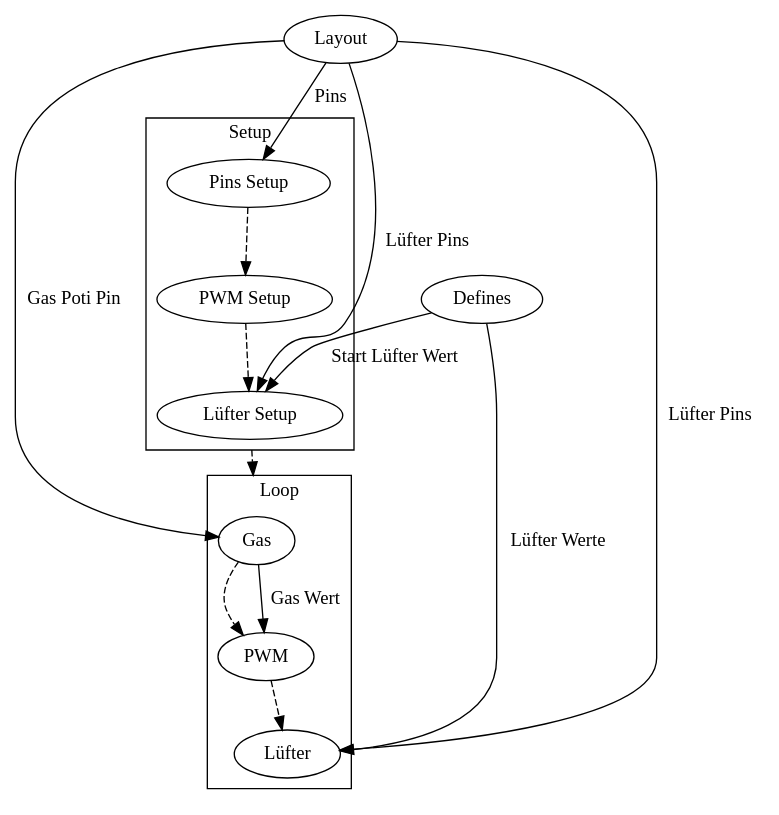
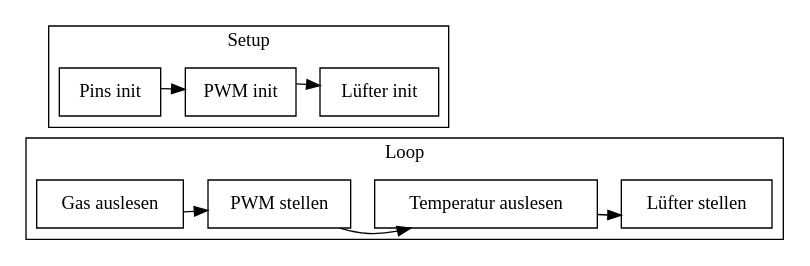
Before and after one commit to floppyMike/Motorsteuerung: the diagram in images/basic.dot, drawn with Graphviz. The commit also changed 2 other files, not shown here.

```diff
--- a/images/basic.dot
+++ b/images/basic.dot
@@ -1,26 +1,30 @@
-digraph G {
-    compound = true;
+digraph G
+{
+    splines=curved;
+    node [shape = record];
 
-    subgraph cluster_setup {
+    subgraph cluster_setup 
+    {
         label = "Setup";
-        "Pins Setup"; "PWM Setup"; "Lüfter Setup";
+        rankdir = LR;
+        rank = same;
+        {
+            "Pins init"; "PWM init"; "Lüfter init";
+        }
     }
 
-    subgraph cluster_loop {
+    subgraph cluster_loop
+    {
         label = "Loop";
-        Gas; PWM; Lüfter;
+        rankdir = LR;
+        rank = same;
+        {
+            "Gas auslesen"; "PWM stellen"; "Temperatur auslesen"; "Lüfter stellen";
+        }
     }
 
-    "Pins Setup" -> "PWM Setup" -> "Lüfter Setup" [style=dashed];
-    Layout -> "Pins Setup" [label = "Pins"];
-    Layout -> "Lüfter Setup" [label = "Lüfter Pins"];
-    Defines -> "Lüfter Setup" [label = "Start Lüfter Wert"];
+    "Pins init" -> "PWM init" -> "Lüfter init";
+    "Gas auslesen" -> "PWM stellen" -> "Temperatur auslesen" -> "Lüfter stellen";
 
-    "Lüfter Setup" -> Gas [style = dashed, lhead = cluster_loop, ltail = cluster_setup] [rhead = cluster_setup];
-
-    Gas -> PWM -> Lüfter [style = dashed];
-    Gas -> PWM [label = "Gas Wert"];
-    Layout -> Gas [label = "Gas Poti Pin"];
-    Layout -> Lüfter [label = "Lüfter Pins"];
-    Defines -> Lüfter [label = "Lüfter Werte"];
+    "Pins init" -> "Gas auslesen" [style = invis];
 }
```
